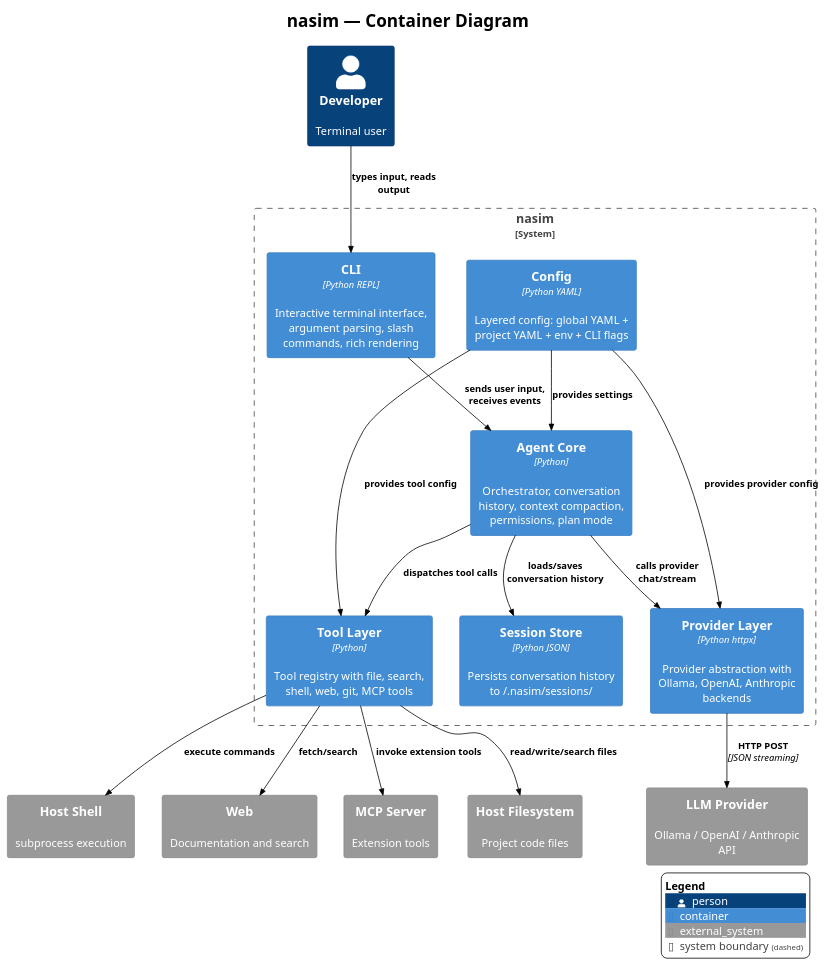
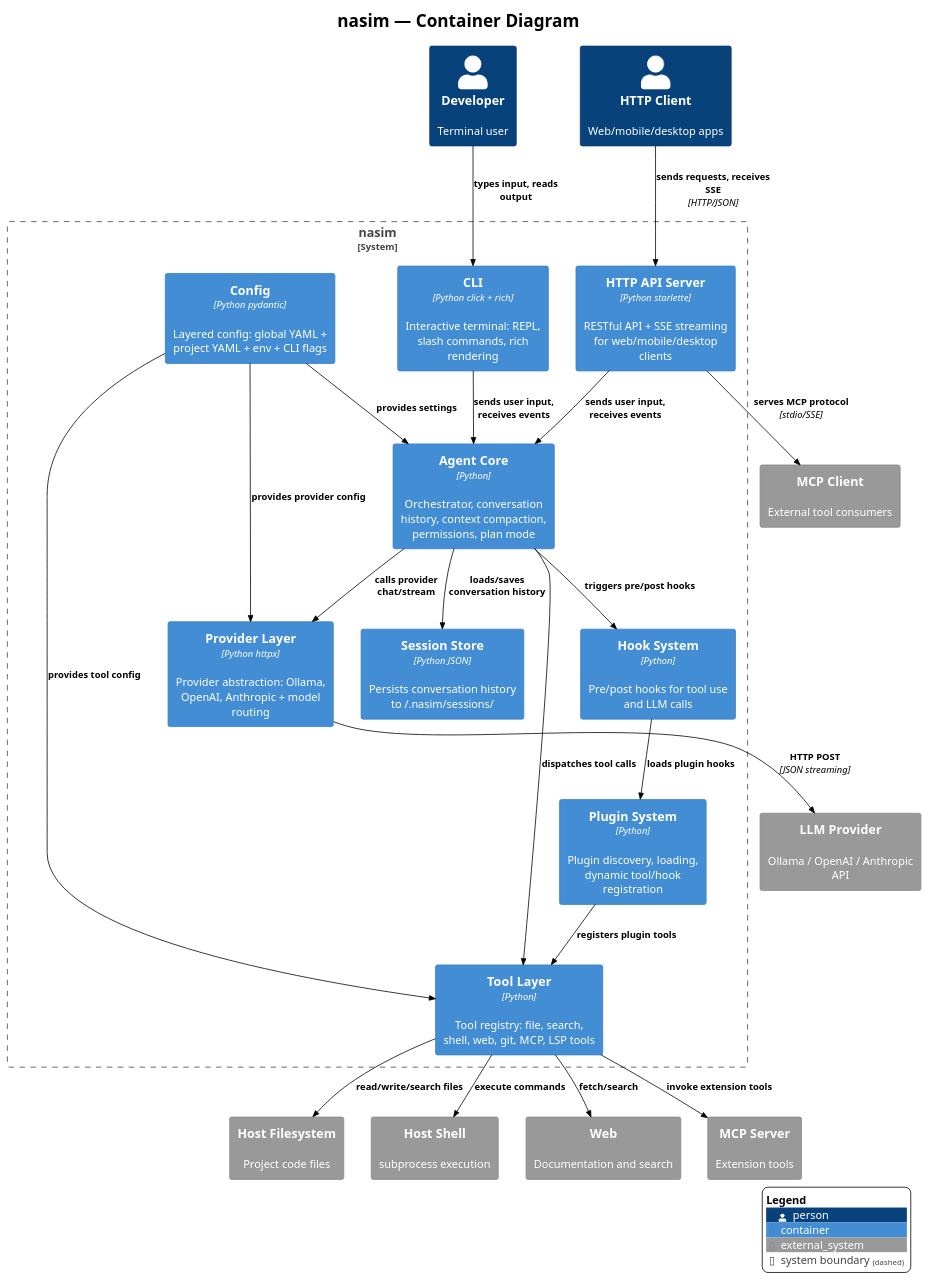
Before and after one commit to salimnamvar/nasim: the diagram in docs/c4/c4_nasim_container.puml, drawn with PlantUML. The commit also changed 27 other files, not shown here.

First line of the commit message:
docs: Enhance agent lifecycle and introduce hook system

```diff
--- a/docs/c4/c4_nasim_container.puml
+++ b/docs/c4/c4_nasim_container.puml
@@ -1,47 +1,58 @@
 !include https://raw.githubusercontent.com/plantuml-stdlib/C4-PlantUML/v2.10.0/C4_Container.puml
 !theme plain
 
 ' ============================================================
 ' Title:     nasim — Container Diagram
-' Boundary:  nasim code agent CLI
-' Purpose:   Show all deployable units and technology choices
+' Boundary:  nasim code agent CLI + HTTP API
+' Purpose:   Show all deployable units, interfaces, and technology choices
 ' Milestone: v1.0
-' Version:   2.0.0
-' Source:    docs/audit/audit_2026-06-20_capability-and-architecture.md
+' Version:   3.0.0
+' Source:    docs/audit/nasim-car-improvement-plan.md
 ' Review:    —
 ' ============================================================
 
 title nasim — Container Diagram
 
-Person(user, "Developer", "Terminal user")
+Person(dev, "Developer", "Terminal user")
+Person(http_client, "HTTP Client", "Web/mobile/desktop apps")
 
 System_Boundary(nasim, "nasim") {
-    Container(cli, "CLI", "Python REPL", "Interactive terminal interface, argument parsing, slash commands, rich rendering")
+    Container(cli, "CLI", "Python click + rich", "Interactive terminal: REPL, slash commands, rich rendering")
     Container(agent, "Agent Core", "Python", "Orchestrator, conversation history, context compaction, permissions, plan mode")
-    Container(provider, "Provider Layer", "Python httpx", "Provider abstraction with Ollama, OpenAI, Anthropic backends")
-    Container(tools, "Tool Layer", "Python", "Tool registry with file, search, shell, web, git, MCP tools")
-    Container(config, "Config", "Python YAML", "Layered config: global YAML + project YAML + env + CLI flags")
+    Container(provider, "Provider Layer", "Python httpx", "Provider abstraction: Ollama, OpenAI, Anthropic + model routing")
+    Container(tools, "Tool Layer", "Python", "Tool registry: file, search, shell, web, git, MCP, LSP tools")
+    Container(config, "Config", "Python pydantic", "Layered config: global YAML + project YAML + env + CLI flags")
     Container(session, "Session Store", "Python JSON", "Persists conversation history to ~/.nasim/sessions/")
+    Container(server, "HTTP API Server", "Python starlette", "RESTful API + SSE streaming for web/mobile/desktop clients")
+    Container(hooks, "Hook System", "Python", "Pre/post hooks for tool use and LLM calls")
+    Container(plugins, "Plugin System", "Python", "Plugin discovery, loading, dynamic tool/hook registration")
 }
 
 System_Ext(llm_provider, "LLM Provider", "Ollama / OpenAI / Anthropic API")
 System_Ext(host_fs, "Host Filesystem", "Project code files")
 System_Ext(host_shell, "Host Shell", "subprocess execution")
-System_Ext(web, "Web", "Documentation and search")
+System_Ext(web_ext, "Web", "Documentation and search")
 System_Ext(mcp_server, "MCP Server", "Extension tools")
+System_Ext(mcp_client, "MCP Client", "External tool consumers")
 
-Rel(user, cli, "types input, reads output")
+Rel(dev, cli, "types input, reads output")
+Rel(http_client, server, "sends requests, receives SSE", "HTTP/JSON")
 Rel(cli, agent, "sends user input, receives events")
+Rel(server, agent, "sends user input, receives events")
 Rel(agent, provider, "calls provider chat/stream")
 Rel(agent, tools, "dispatches tool calls")
 Rel(agent, session, "loads/saves conversation history")
+Rel(agent, hooks, "triggers pre/post hooks")
+Rel(hooks, plugins, "loads plugin hooks")
+Rel(plugins, tools, "registers plugin tools")
 Rel(provider, llm_provider, "HTTP POST", "JSON streaming")
 Rel(tools, host_fs, "read/write/search files")
 Rel(tools, host_shell, "execute commands")
-Rel(tools, web, "fetch/search")
+Rel(tools, web_ext, "fetch/search")
 Rel(tools, mcp_server, "invoke extension tools")
+Rel(server, mcp_client, "serves MCP protocol", "stdio/SSE")
 Rel(config, agent, "provides settings")
 Rel(config, provider, "provides provider config")
 Rel(config, tools, "provides tool config")
 
 SHOW_LEGEND()
```
